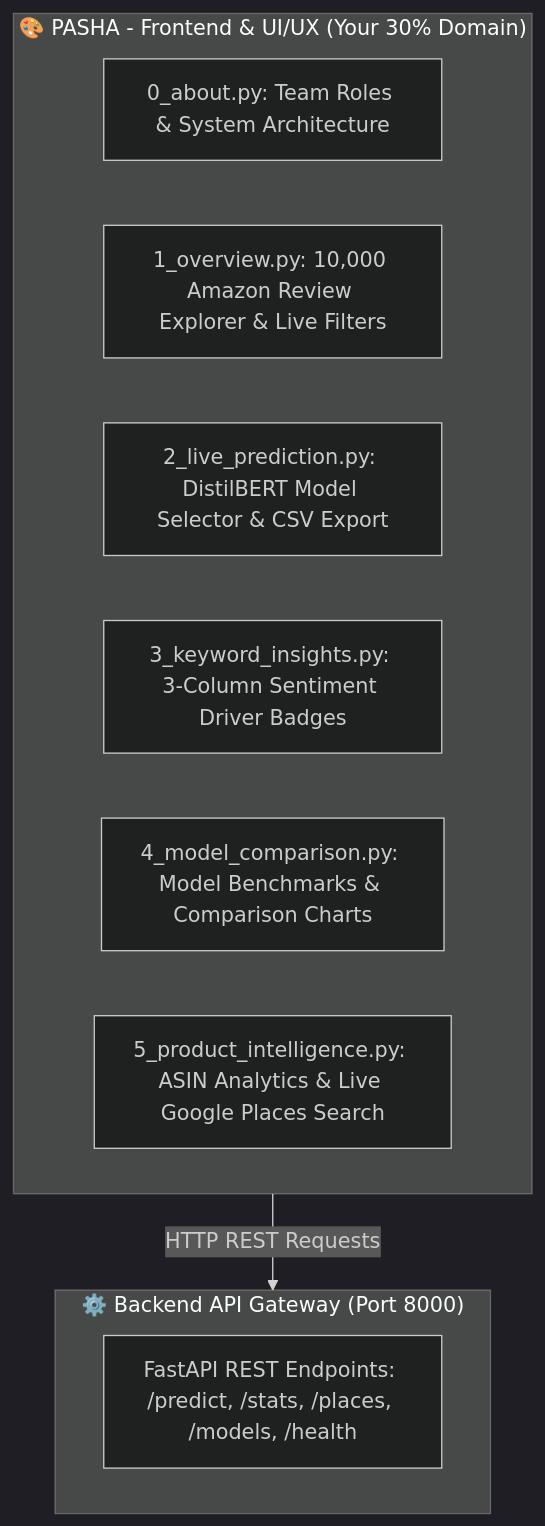
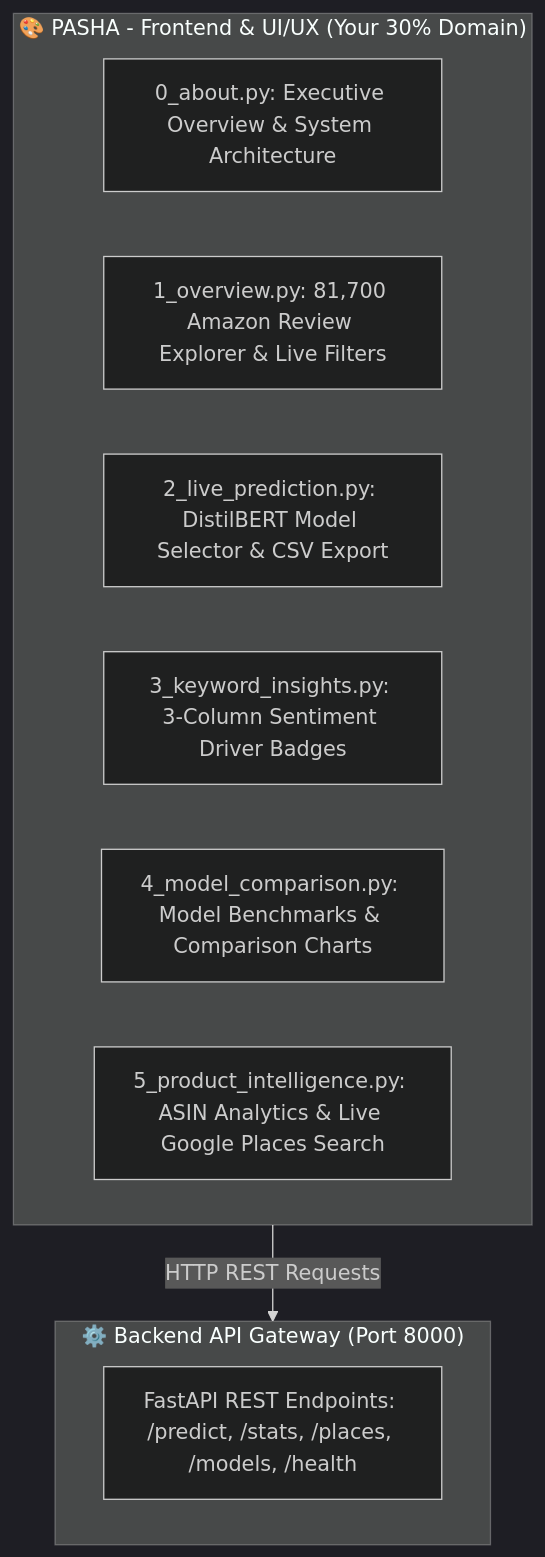
The diagram in docs/pasha_guide.md (amanydvvv/CUSTOMER-SENTIMENT-ANALYSIS-DASHBOARD), drawn with Mermaid (dark theme) before and after one commit. The commit also changed other lines of this file and 18 other files, not shown here.

````diff
--- a/docs/pasha_guide.md
+++ b/docs/pasha_guide.md
@@ -17,17 +17,17 @@
 ```mermaid
 graph TD
     subgraph Pasha_Frontend ["🎨 PASHA - Frontend & UI/UX (Your 30% Domain)"]
-        P0["0_about.py: Team Roles & System Architecture"]
-        P1["1_overview.py: 10,000 Amazon Review Explorer & Live Filters"]
+        P0["0_about.py: Executive Overview & System Architecture"]
+        P1["1_overview.py: 81,700 Amazon Review Explorer & Live Filters"]
         P2["2_live_prediction.py: DistilBERT Model Selector & CSV Export"]
         P3["3_keyword_insights.py: 3-Column Sentiment Driver Badges"]
         P4["4_model_comparison.py: Model Benchmarks & Comparison Charts"]
         P5["5_product_intelligence.py: ASIN Analytics & Live Google Places Search"]
     end
 
     subgraph Backend_Gateway ["⚙️ Backend API Gateway (Port 8000)"]
         FastAPI["FastAPI REST Endpoints: /predict, /stats, /places, /models, /health"]
     end
 
     Pasha_Frontend -->|HTTP REST Requests| Backend_Gateway
 ```
````
